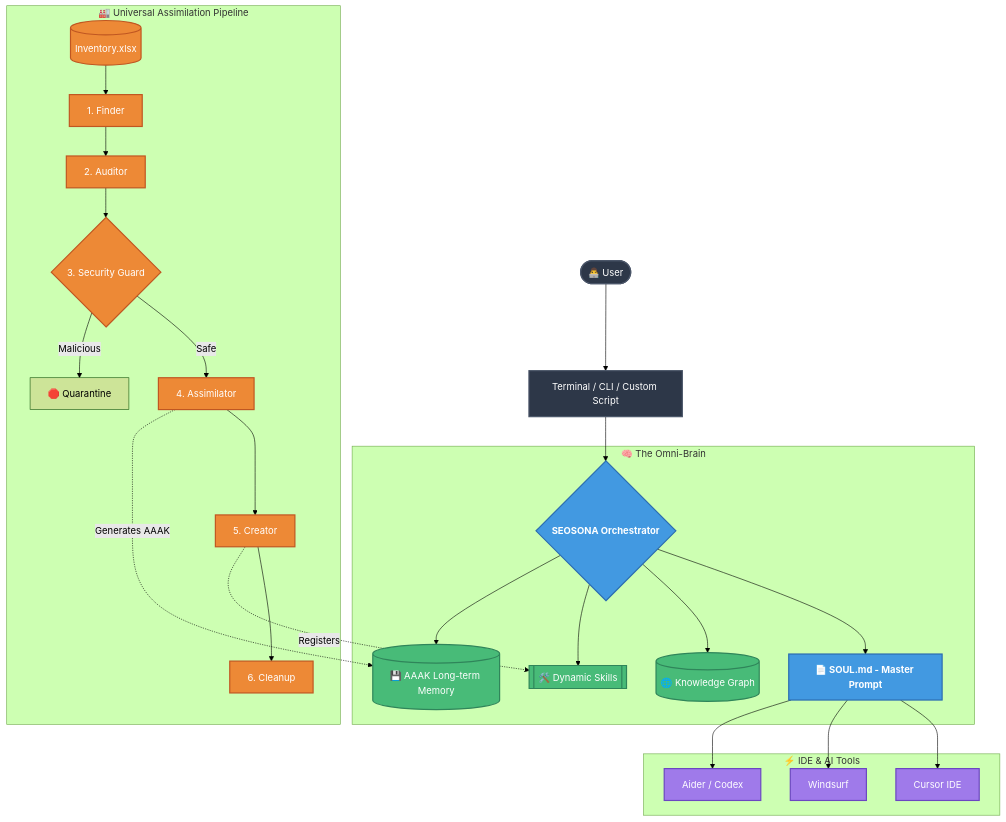
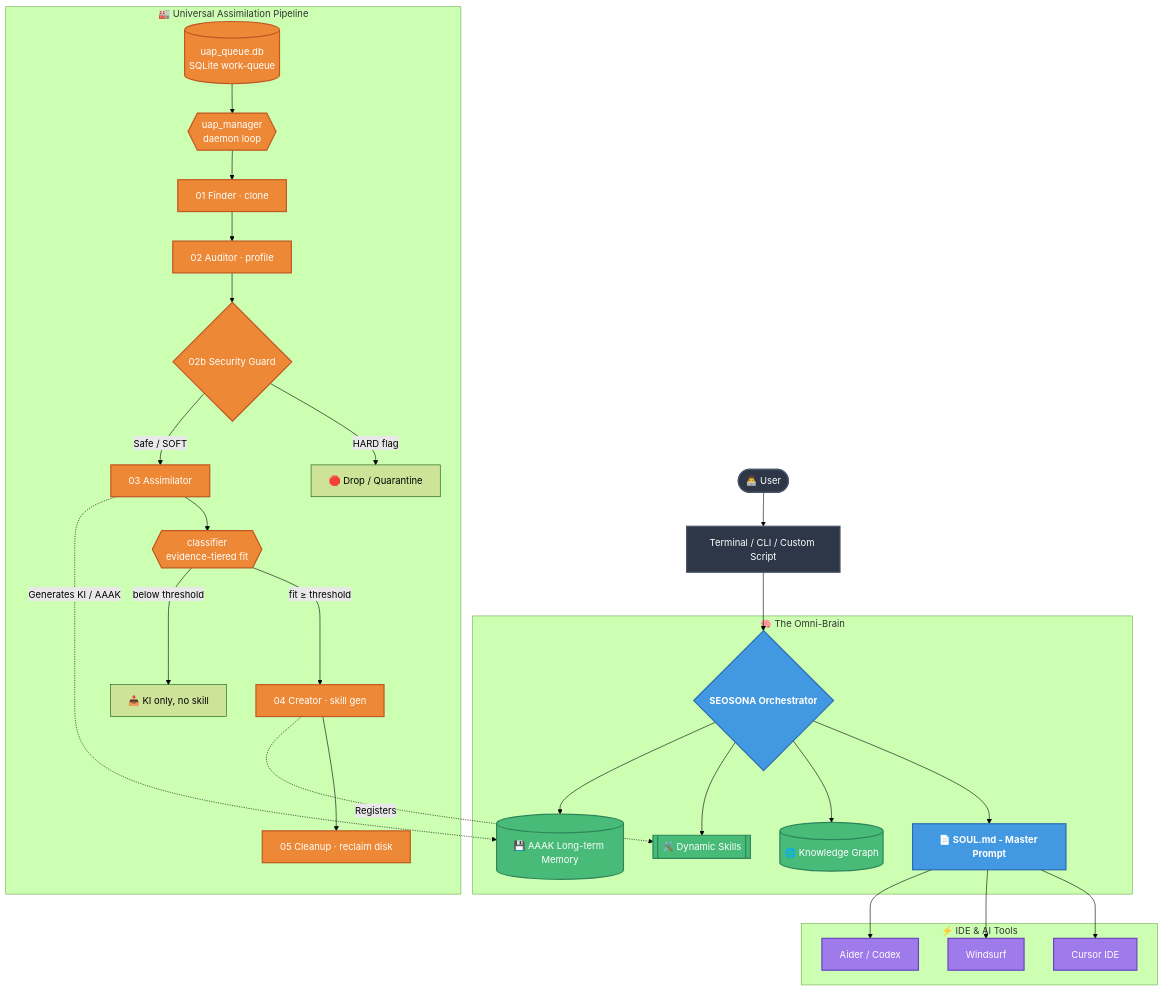
One commit to LongLeo287/SEOSONA-OS changed the diagram in docs/00_master_architecture.md. Above: the diagram before and after it, drawn with Mermaid (forest theme). The commit also changed other lines of this file and 1 other file, not shown here.

Commit message:
docs(00): rewrite stale UAP section to match the real pipeline
00_master_architecture described an Excel/Inventory.xlsx-driven flow that no longer exists.
Reality: uap_manager.py daemon pulling a SQLite work-queue (uap_queue.db).

- Mermaid: queue+daemon entry, correct stage numbers (01 finder→05 cleanup), the 02b security
  guard HARD-drop / SOFT-continue split, and the classifier fit-gate before skill generation.
- Prose: per-stage table, real status flow (PENDING→AUDITED→ASSIMILATED→CREATED→COMPLETED,
  FAILED/BLOCKED terminals), and the HARD-block fast-path drop trick.
- Security caution: describes HARD (secrets/destructive → drop) vs SOFT (curl|sh, injection → warn).
- Audit M9 marked FIXED.

````diff
--- a/docs/00_master_architecture.md
+++ b/docs/00_master_architecture.md
@@ -11,40 +11,43 @@
 ```mermaid
 graph TD
     %% Styling
     classDef user fill:#2d3748,stroke:#4a5568,stroke-width:2px,color:#fff;
     classDef core fill:#4299e1,stroke:#2b6cb0,stroke-width:2px,color:#fff,font-weight:bold;
     classDef memory fill:#48bb78,stroke:#2f855a,stroke-width:2px,color:#fff;
     classDef ingestion fill:#ed8936,stroke:#c05621,stroke-width:2px,color:#fff;
     classDef execution fill:#9f7aea,stroke:#6b46c1,stroke-width:2px,color:#fff;
 
     %% Nodes
     USER([👨‍💻 User]):::user --> CLI[Terminal / CLI / Custom Script]:::user
     CLI --> ORCH{SEOSONA Orchestrator}:::core
     
     subgraph Core Intelligence [🧠 The Omni-Brain]
         ORCH --> SOUL[📄 SOUL.md - Master Prompt]:::core
         ORCH --> KNOWLEDGE[(🌐 Knowledge Graph)]:::memory
         ORCH --> SKILLS[[🛠️ Dynamic Skills]]:::memory
         ORCH --> MEMORY[(💾 AAAK Long-term Memory)]:::memory
     end
     
     subgraph UAP [🏭 Universal Assimilation Pipeline]
-        EXCEL[(Inventory.xlsx)]:::ingestion --> FINDER[1. Finder]:::ingestion
-        FINDER --> AUDITOR[2. Auditor]:::ingestion
-        AUDITOR --> SEC_GUARD{3. Security Guard}:::ingestion
-        SEC_GUARD -->|Safe| ASSIMILATOR[4. Assimilator]:::ingestion
-        SEC_GUARD -->|Malicious| QUARANTINE[🛑 Quarantine]
-        ASSIMILATOR --> CREATOR[5. Creator]:::ingestion
-        CREATOR --> CLEANUP[6. Cleanup]:::ingestion
+        QUEUE[(uap_queue.db<br/>SQLite work-queue)]:::ingestion --> MANAGER{{uap_manager<br/>daemon loop}}:::ingestion
+        MANAGER --> FINDER[01 Finder · clone]:::ingestion
+        FINDER --> AUDITOR[02 Auditor · profile]:::ingestion
+        AUDITOR --> SEC_GUARD{02b Security Guard}:::ingestion
+        SEC_GUARD -->|HARD flag| QUARANTINE[🛑 Drop / Quarantine]
+        SEC_GUARD -->|Safe / SOFT| ASSIMILATOR[03 Assimilator]:::ingestion
+        ASSIMILATOR --> CLASSIFIER{{classifier<br/>evidence-tiered fit}}:::ingestion
+        CLASSIFIER -->|fit ≥ threshold| CREATOR[04 Creator · skill gen]:::ingestion
+        CLASSIFIER -->|below threshold| SHELVE[📥 KI only, no skill]
+        CREATOR --> CLEANUP[05 Cleanup · reclaim disk]:::ingestion
     end
     
     %% Connections
-    ASSIMILATOR -.->|Generates AAAK| MEMORY
+    ASSIMILATOR -.->|Generates KI / AAAK| MEMORY
     CREATOR -.->|Registers| SKILLS
     
     subgraph Execution Layer [⚡ IDE & AI Tools]
         SOUL --> CURSOR[Cursor IDE]:::execution
         SOUL --> WINDSURF[Windsurf]:::execution
         SOUL --> CLI_TOOLS[Aider / Codex]:::execution
     end
 ```
````
